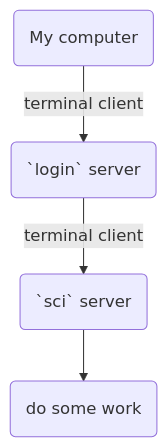
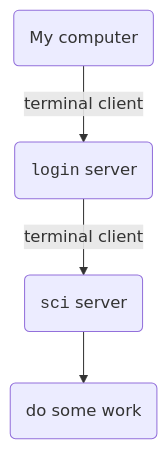
The first of 2 diagrams in exercises/ex01/README.md (cedadev/jasmin-workshop), drawn with Mermaid before and after one commit. The commit also changed other lines of this file, not shown here.

Commit message:
Fix inline code blocks in mermaid diagrams

````diff
--- a/exercises/ex01/README.md
+++ b/exercises/ex01/README.md
@@ -15,7 +15,7 @@
 ```mermaid
 flowchart TD
    id1(My computer)
-   -- terminal client -->id2(`login` server)
-   -- terminal client -->id3(`sci` server)
+   -- terminal client -->id2(<code>login</code> server)
+   -- terminal client -->id3(<code>sci</code> server)
    -->id4(do some work)
 ```
````
